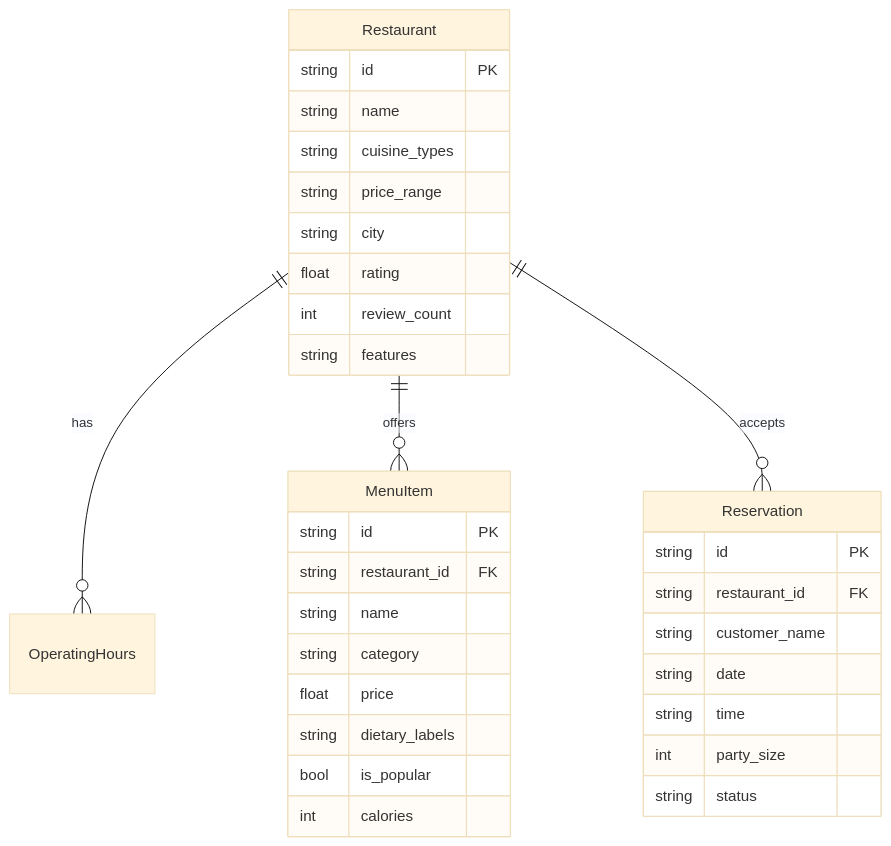
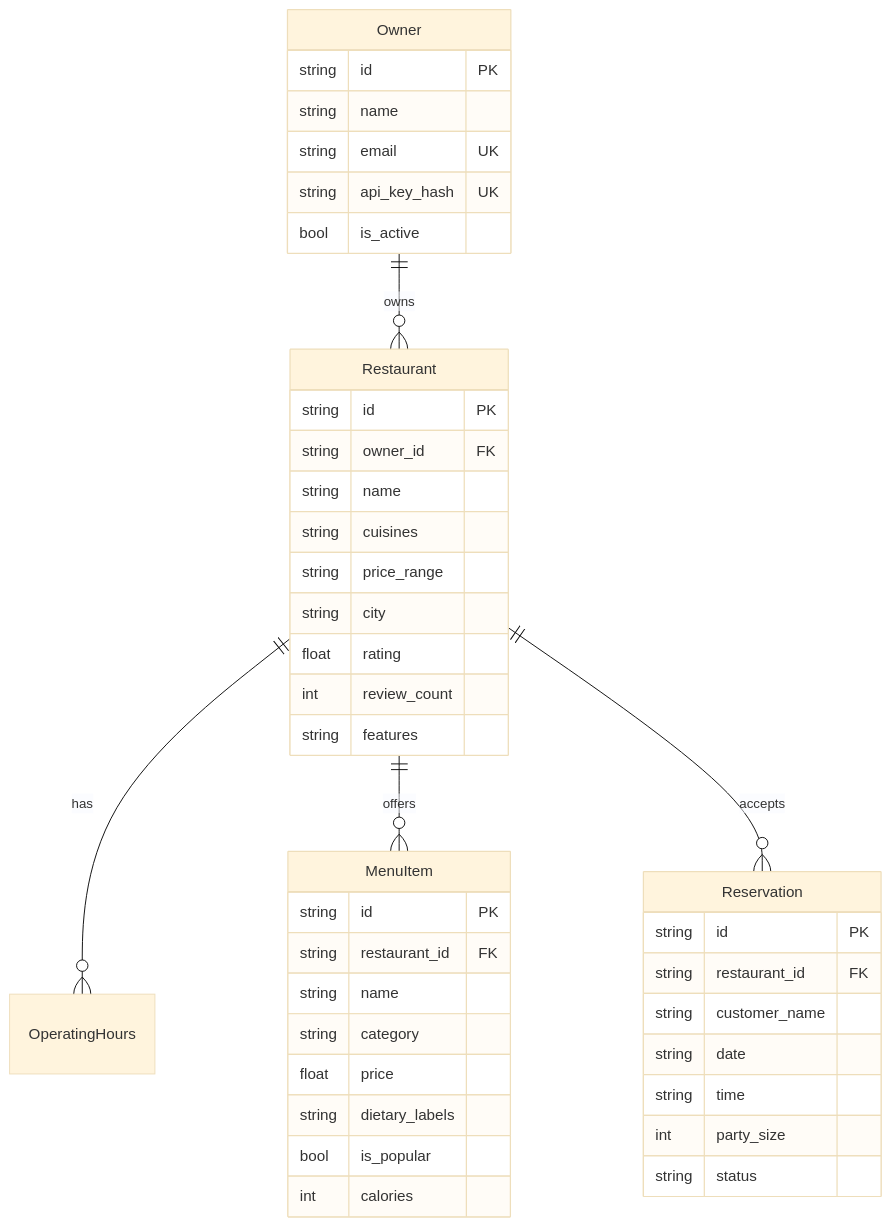
One commit to muskeg/AgentEats changed the second of 2 diagrams in README.md. Above: the diagram before and after it, drawn with Mermaid (base theme). The commit also changed other lines of this file and 16 other files, not shown here.

First line of the commit message:
feat: stateless mcp, restaurant api, auth and all that jazz (#10)

````diff
--- a/README.md
+++ b/README.md
@@ -142,38 +164,48 @@
 ```mermaid
 erDiagram
+    Owner ||--o{ Restaurant : owns
     Restaurant ||--o{ OperatingHours : has
     Restaurant ||--o{ MenuItem : offers
     Restaurant ||--o{ Reservation : accepts
 
+    Owner {
+        string id PK
+        string name
+        string email UK
+        string api_key_hash UK
+        bool is_active
+    }
+
     Restaurant {
         string id PK
+        string owner_id FK
         string name
-        string cuisine_types
+        string cuisines
         string price_range
         string city
         float rating
         int review_count
         string features
     }
 
     MenuItem {
         string id PK
         string restaurant_id FK
         string name
         string category
         float price
         string dietary_labels
         bool is_popular
         int calories
     }
 
     Reservation {
         string id PK
         string restaurant_id FK
         string customer_name
         string date
         string time
         int party_size
         string status
     }
 ```
````
